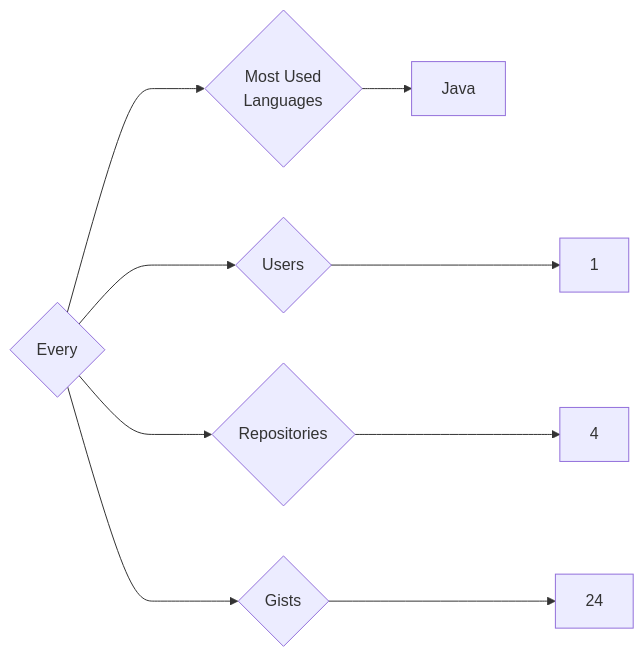
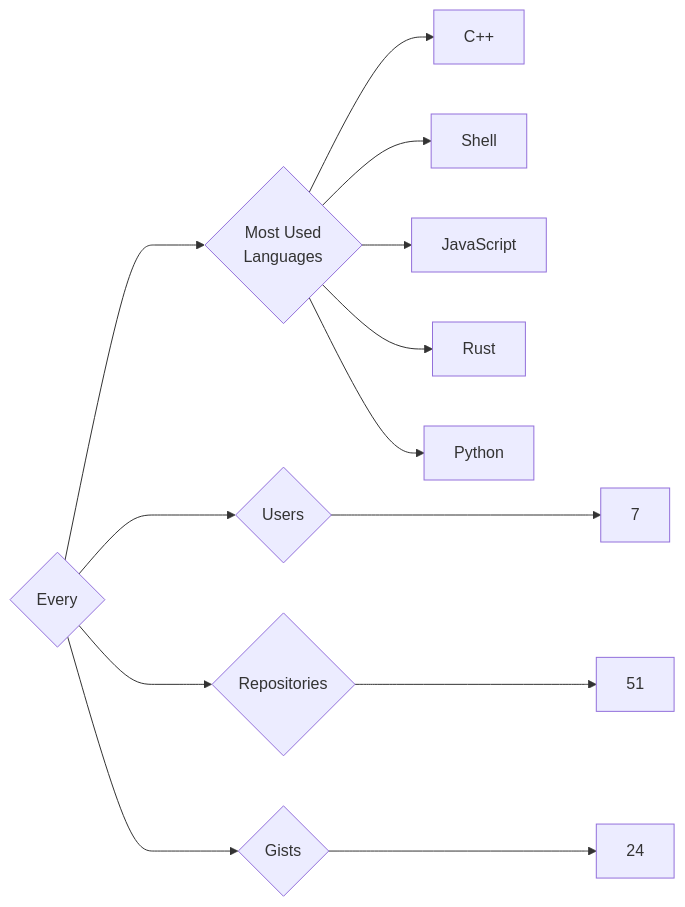
One commit to trickest/insiders changed the diagram in targets/Every/README.md. Above: the diagram before and after it, drawn with Mermaid. The commit also changed 930 other files, not shown here.

````diff
--- a/targets/Every/README.md
+++ b/targets/Every/README.md
@@ -3,9 +3,13 @@
 ```mermaid
 graph LR
 COMPANY_NAME{Every}
-COMPANY_NAME ---> U{Users} ---> UN[1]
-COMPANY_NAME ---> R{Repositories} ---> RN[4]
+COMPANY_NAME ---> U{Users} ---> UN[7]
+COMPANY_NAME ---> R{Repositories} ---> RN[51]
 COMPANY_NAME ---> G{Gists} ---> GN[24]
 COMPANY_NAME ---> ML{Most Used<br>Languages}
-ML --> Java[Java]
+ML --> C++[C++]
+ML --> Shell[Shell]
+ML --> JavaScript[JavaScript]
+ML --> Rust[Rust]
+ML --> Python[Python]
 ```
````
